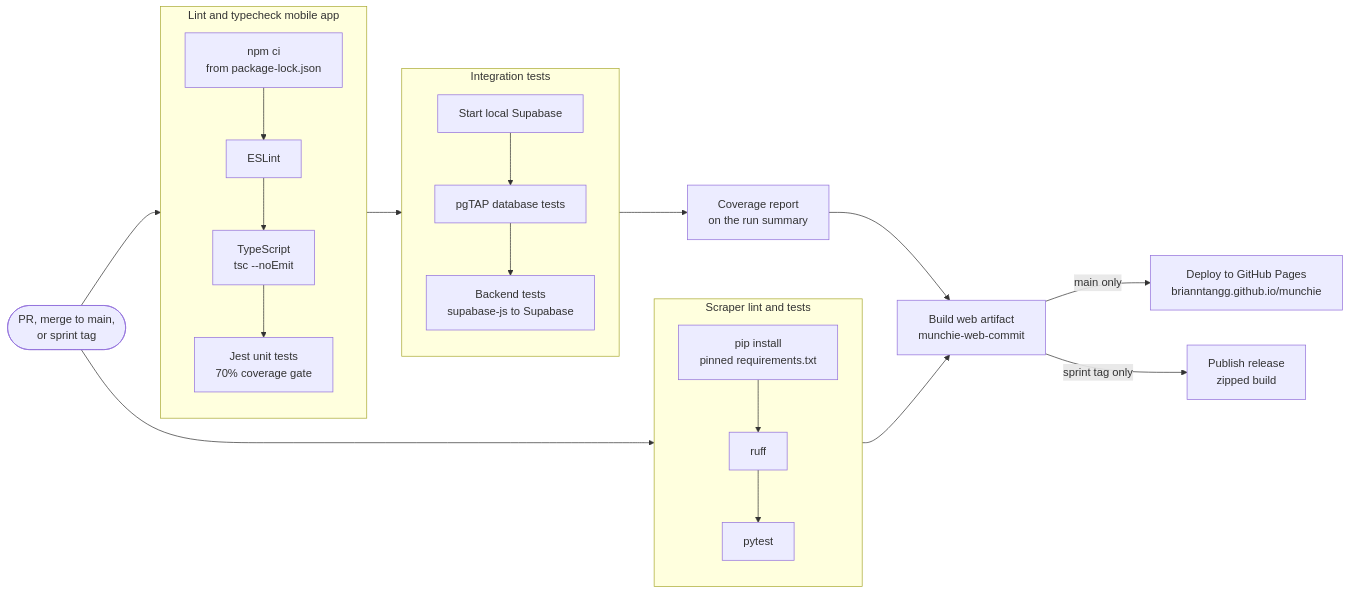
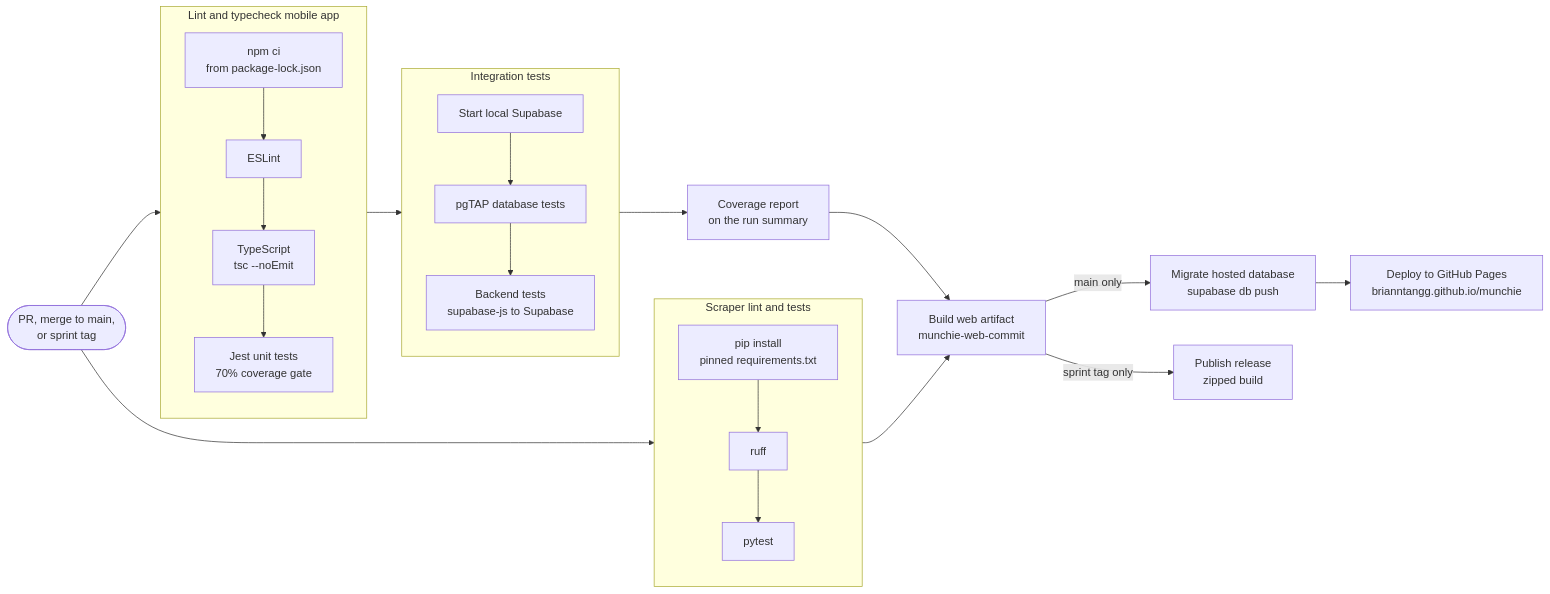
The diagram in docs/pipeline.md (brianntangg/munchie), drawn with Mermaid before and after one commit. The commit also changed other lines of this file and 3 other files, not shown here.

Commit message:
Apply hosted database migrations before deploying the site (#50)

````diff
--- a/docs/pipeline.md
+++ b/docs/pipeline.md
@@ -18,29 +18,30 @@
 ```mermaid
 flowchart LR
   trigger([PR, merge to main,<br/>or sprint tag])
 
   subgraph unit [Lint and typecheck mobile app]
     direction TB
     install[npm ci<br/>from package-lock.json] --> lint[ESLint] --> tsc[TypeScript<br/>tsc --noEmit] --> jest[Jest unit tests<br/>70% coverage gate]
   end
 
   subgraph integration [Integration tests]
     direction TB
     supa[Start local Supabase] --> pgtap[pgTAP database tests] --> backend[Backend tests<br/>supabase-js to Supabase]
   end
 
   subgraph scraper [Scraper lint and tests]
     direction TB
     pip[pip install<br/>pinned requirements.txt] --> ruff[ruff] --> pytest[pytest]
   end
 
   coverage[Coverage report<br/>on the run summary]
   build[Build web artifact<br/>munchie-web-commit]
+  migrate[Migrate hosted database<br/>supabase db push]
   deploy[Deploy to GitHub Pages<br/>brianntangg.github.io/munchie]
   release[Publish release<br/>zipped build]
 
   trigger --> unit --> integration --> coverage --> build
   trigger --> scraper --> build
-  build -- main only --> deploy
+  build -- main only --> migrate --> deploy
   build -- sprint tag only --> release
 ```
````
